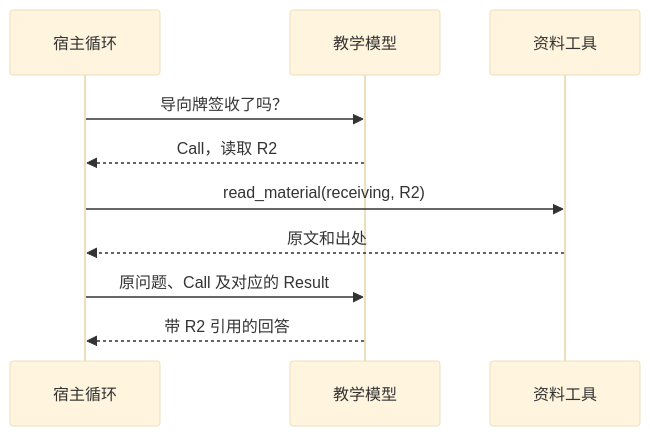
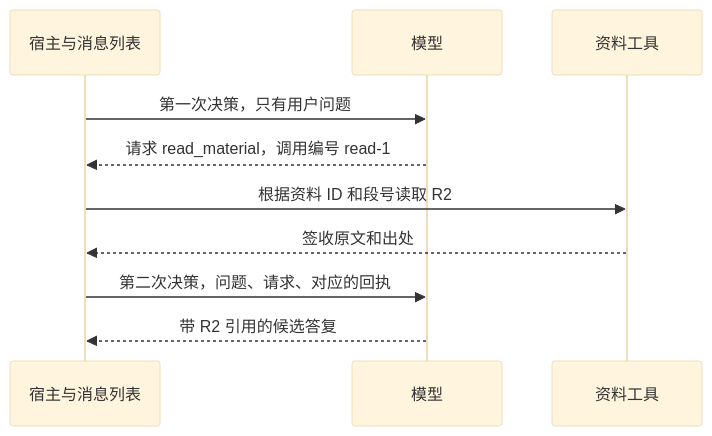
One commit to utopian-yuan/biu-agent changed the diagram in tutorials/s01_agent_loop/README.md. Above: the diagram before and after it, drawn with Mermaid (base theme). The commit also changed other lines of this file and 40 other files, not shown here.

````diff
--- a/tutorials/s01_agent_loop/README.md
+++ b/tutorials/s01_agent_loop/README.md
@@ -18,12 +57,12 @@
 ```mermaid
 sequenceDiagram
-    participant H as 宿主循环
-    participant M as 教学模型
+    participant H as 宿主与消息列表
+    participant M as 模型
     participant T as 资料工具
-    H->>M: 导向牌签收了吗？
-    M-->>H: Call，读取 R2
-    H->>T: read_material(receiving, R2)
-    T-->>H: 原文和出处
-    H->>M: 原问题、Call 及对应的 Result
-    M-->>H: 带 R2 引用的回答
+    H->>M: 第一次决策，只有用户问题
+    M-->>H: 请求 read_material，调用编号 read-1
+    H->>T: 根据资料 ID 和段号读取 R2
+    T-->>H: 签收原文和出处
+    H->>M: 第二次决策，问题、请求、对应的回执
+    M-->>H: 带 R2 引用的候选答复
 ```
````
